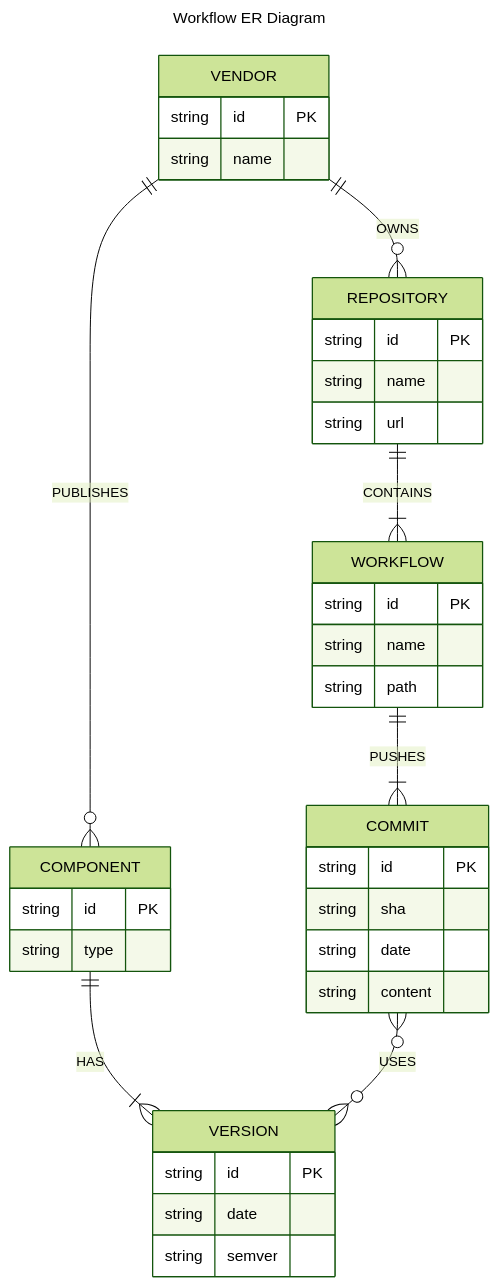
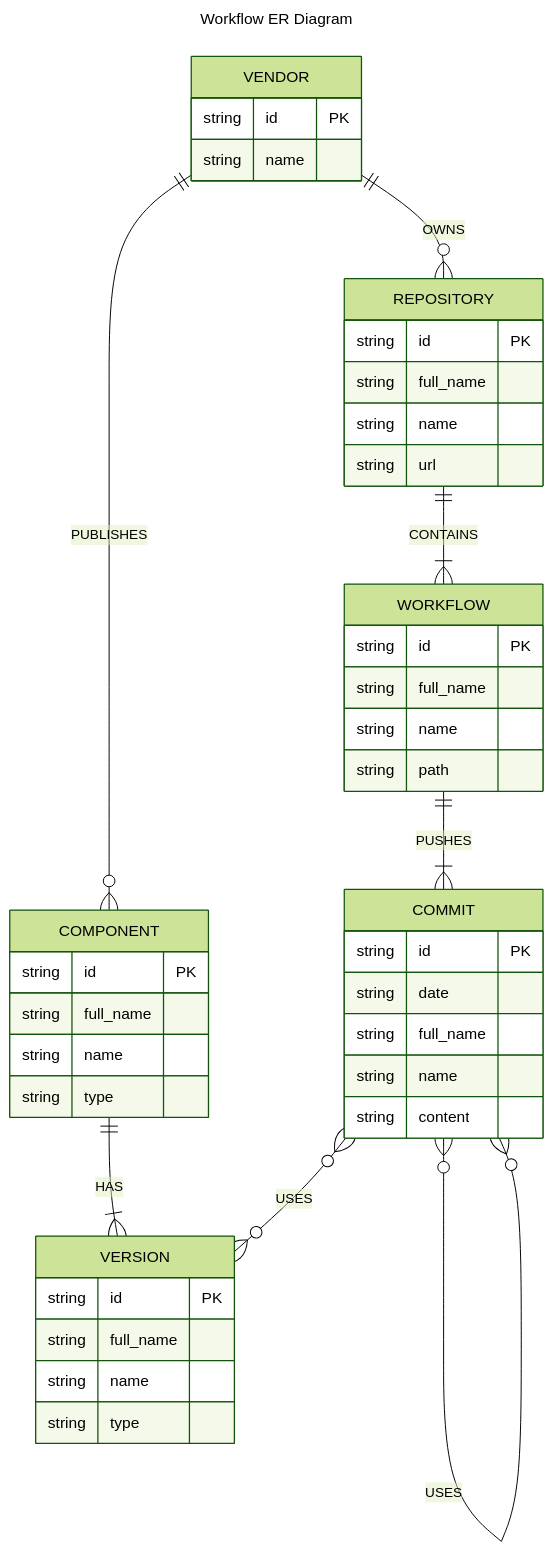
The diagram in docs/mmd/er.mmd (aegis-forge/kleio), drawn with Mermaid (forest theme) before and after one commit. The commit also changed 1 other file, not shown here.

Commit message:
updated mmd model graphs

```diff
--- a/docs/mmd/er.mmd
+++ b/docs/mmd/er.mmd
@@ -1,45 +1,52 @@
 ---
 title: Workflow ER Diagram
 ---
 erDiagram
-    COMMIT {
-        string id PK
-        string sha
-        string date
-        string content
-    }
-
     VERSION {
         string id PK
-        string date
-        string semver
+        string full_name
+        string name
+        string type
     }
 
     COMPONENT {
         string id PK
+        string full_name
+        string name
         string type
+    }
+
+    COMMIT {
+        string id PK
+        string date
+        string full_name
+        string name
+        string content
     }
 
     WORKFLOW {
         string id PK
+        string full_name
         string name
         string path
     }
 
     REPOSITORY {
         string id PK
+        string full_name
         string name
         string url
     }
 
     VENDOR {
         string id PK
         string name
     }
 
     COMPONENT ||--|{ VERSION : HAS
     COMMIT }o--o{ VERSION : USES
+    COMMIT }o--o{ COMMIT : USES
     WORKFLOW ||--|{ COMMIT : PUSHES
     REPOSITORY ||--|{ WORKFLOW : CONTAINS
     VENDOR ||--o{ REPOSITORY : OWNS
     VENDOR ||--o{ COMPONENT : PUBLISHES
```
